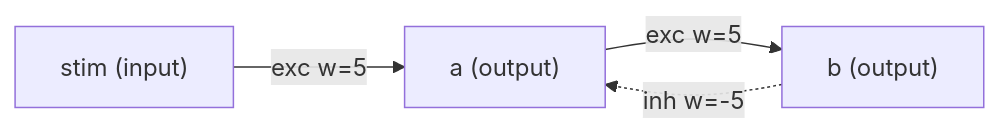
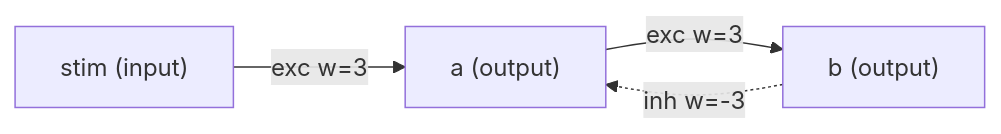
The diagram in runs/case_study_negloop_sigma/step1_diagram.md (tranthanhnhu/Neuron), drawn with Mermaid before and after one commit. The commit also changed other lines of this file and 15 other files, not shown here.

````diff
--- a/runs/case_study_negloop_sigma/step1_diagram.md
+++ b/runs/case_study_negloop_sigma/step1_diagram.md
@@ -7,9 +7,9 @@
 ```mermaid
 flowchart LR
   stim["stim (input)"]
   a["a (output)"]
   b["b (output)"]
-  stim -->|"exc w=5"| a
-  a -->|"exc w=5"| b
-  b -.->|"inh w=-5"| a
+  stim -->|"exc w=3"| a
+  a -->|"exc w=3"| b
+  b -.->|"inh w=-3"| a
 ```
````
